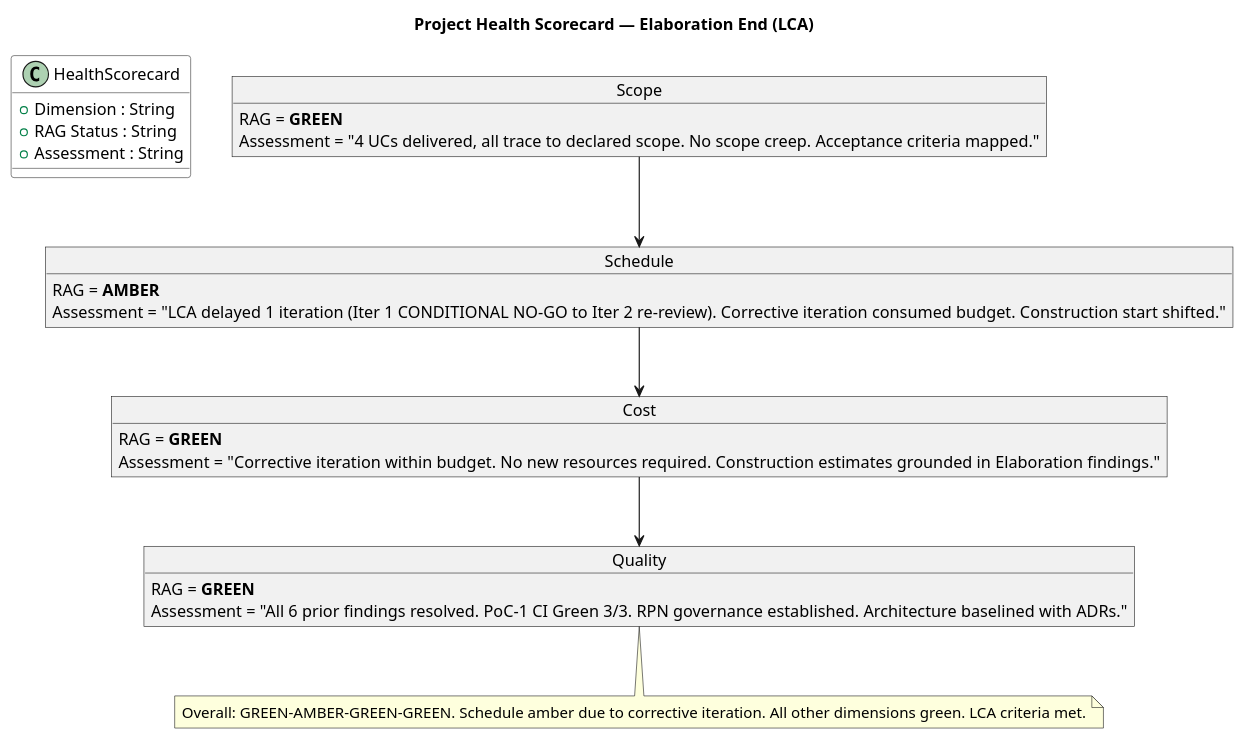
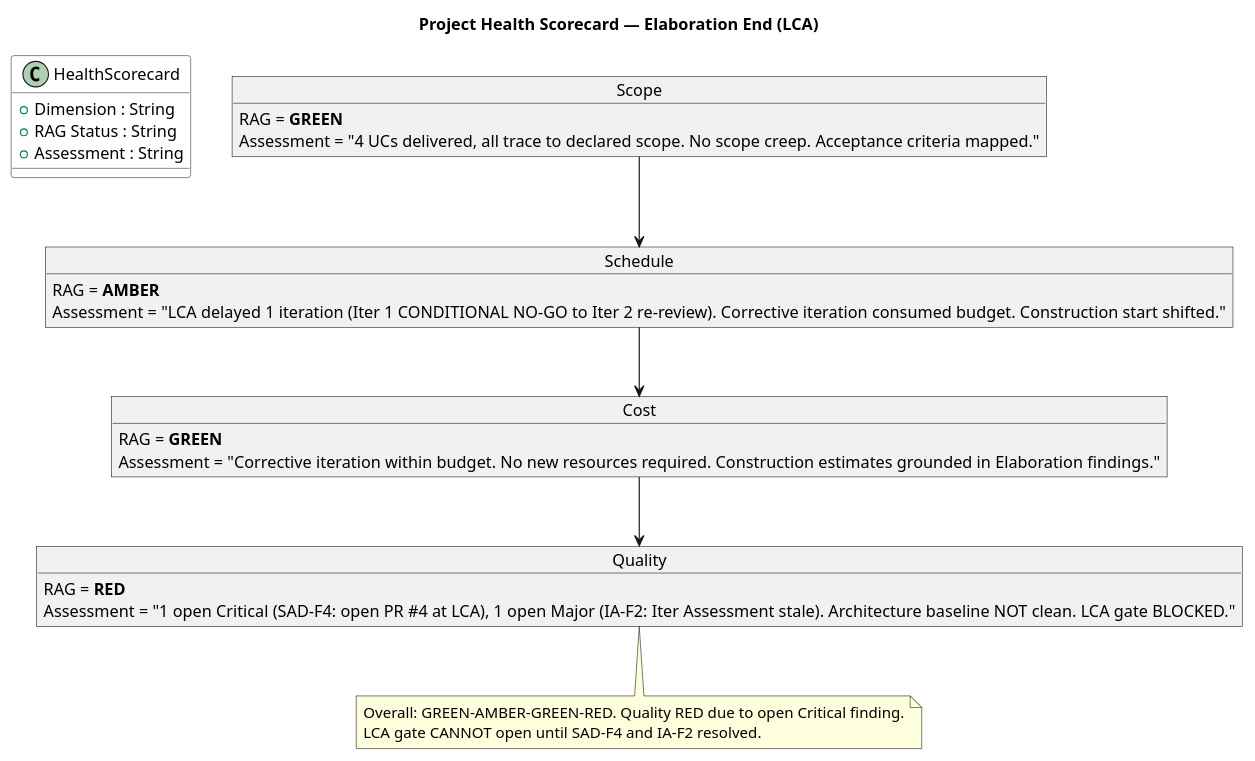
One commit to banense-test/demo-janke-lab changed the fifth of 5 diagrams in docs/artifacts/project-management/review-record.md. Above: the diagram before and after it, drawn with PlantUML. The commit also changed other lines of this file, not shown here.

````diff
--- a/docs/artifacts/project-management/review-record.md
+++ b/docs/artifacts/project-management/review-record.md
@@ -233,41 +280,41 @@
 ```plantuml
 @startuml
 title Project Health Scorecard — Elaboration End (LCA)
 skinparam class {
   BackgroundColor #FFFFFF
   BorderColor #333333
 }
 
 class HealthScorecard {
   + Dimension : String
   + RAG Status : String
   + Assessment : String
 }
 
 object "Scope" as SCOPE {
   RAG = **GREEN**
   Assessment = "4 UCs delivered, all trace to declared scope. No scope creep. Acceptance criteria mapped."
 }
 
 object "Schedule" as SCHED {
   RAG = **AMBER**
   Assessment = "LCA delayed 1 iteration (Iter 1 CONDITIONAL NO-GO to Iter 2 re-review). Corrective iteration consumed budget. Construction start shifted."
 }
 
 object "Cost" as COST {
   RAG = **GREEN**
   Assessment = "Corrective iteration within budget. No new resources required. Construction estimates grounded in Elaboration findings."
 }
 
 object "Quality" as QUAL {
-  RAG = **GREEN**
-  Assessment = "All 6 prior findings resolved. PoC-1 CI Green 3/3. RPN governance established. Architecture baselined with ADRs."
+  RAG = **RED**
+  Assessment = "1 open Critical (SAD-F4: open PR #4 at LCA), 1 open Major (IA-F2: Iter Assessment stale). Architecture baseline NOT clean. LCA gate BLOCKED."
 }
 
 SCOPE --> SCHED
 SCHED --> COST
 COST --> QUAL
 
-note bottom of QUAL : Overall: GREEN-AMBER-GREEN-GREEN. Schedule amber due to corrective iteration. All other dimensions green. LCA criteria met.
+note bottom of QUAL : Overall: GREEN-AMBER-GREEN-RED. Quality RED due to open Critical finding.\nLCA gate CANNOT open until SAD-F4 and IA-F2 resolved.
 @enduml
 ```
````
